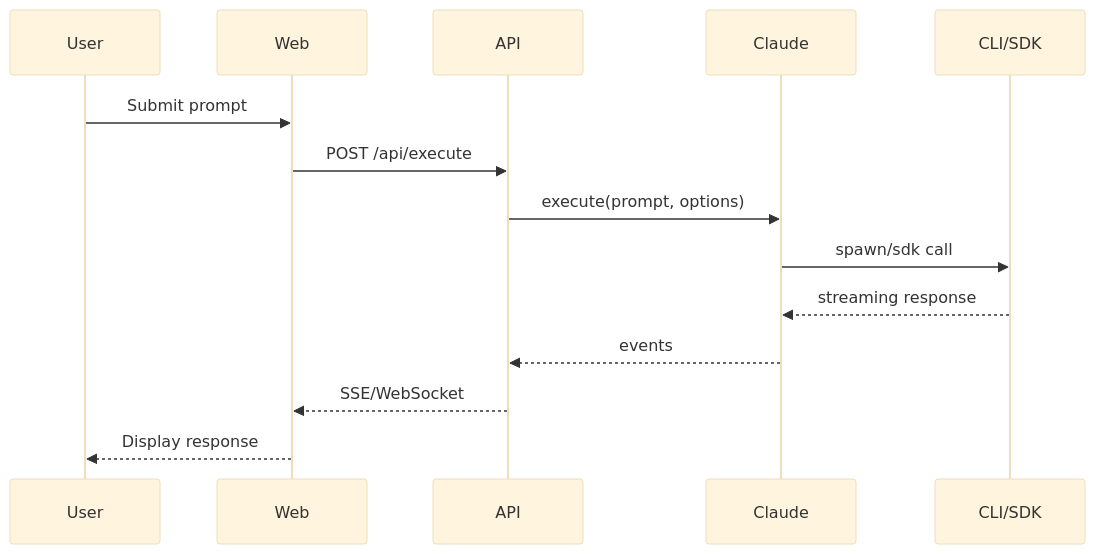
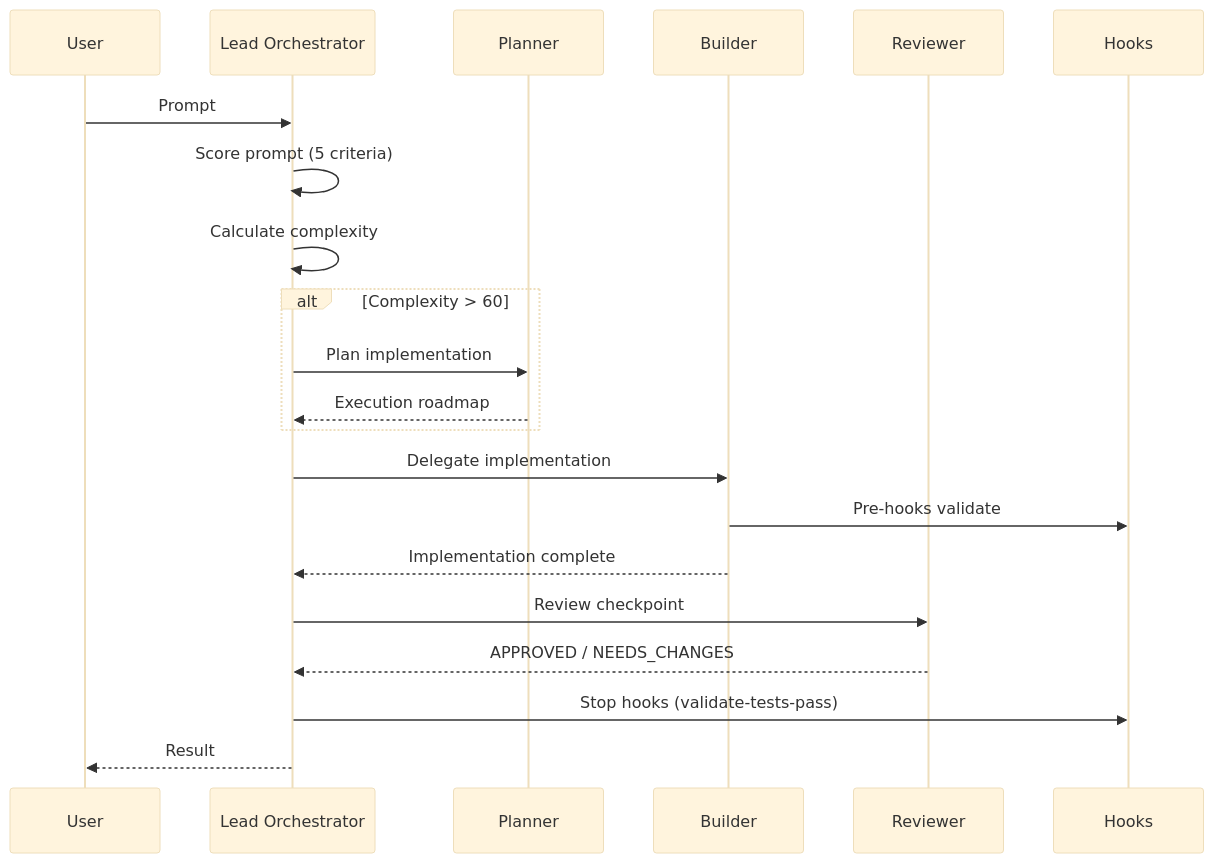
Before and after one commit to MaciWP/claude-code-poneglyph: the second of 2 diagrams in .claude/agent_docs/architecture.md, drawn with Mermaid (base theme). The commit also changed other lines of this file and 15 other files, not shown here.

````diff
--- a/.claude/agent_docs/architecture.md
+++ b/.claude/agent_docs/architecture.md
@@ -65,17 +40,24 @@
 ```mermaid
 sequenceDiagram
     participant U as User
-    participant W as Web
-    participant A as API
-    participant C as Claude
-    participant CLI as CLI/SDK
+    participant L as Lead Orchestrator
+    participant P as Planner
+    participant B as Builder
+    participant R as Reviewer
+    participant H as Hooks
 
-    U->>W: Submit prompt
-    W->>A: POST /api/execute
-    A->>C: execute(prompt, options)
-    C->>CLI: spawn/sdk call
-    CLI-->>C: streaming response
-    C-->>A: events
-    A-->>W: SSE/WebSocket
-    W-->>U: Display response
+    U->>L: Prompt
+    L->>L: Score prompt (5 criteria)
+    L->>L: Calculate complexity
+    alt Complexity > 60
+        L->>P: Plan implementation
+        P-->>L: Execution roadmap
+    end
+    L->>B: Delegate implementation
+    B->>H: Pre-hooks validate
+    B-->>L: Implementation complete
+    L->>R: Review checkpoint
+    R-->>L: APPROVED / NEEDS_CHANGES
+    L->>H: Stop hooks (validate-tests-pass)
+    L-->>U: Result
 ```
````
